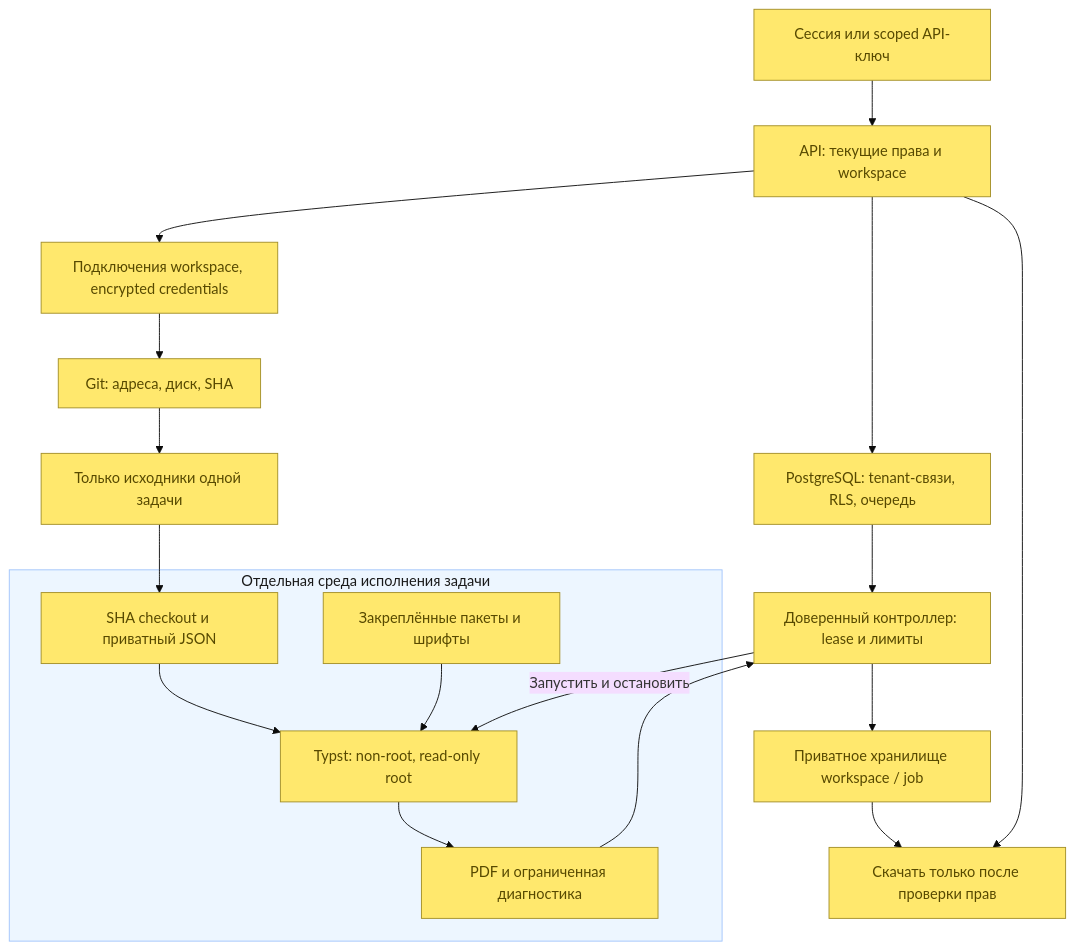
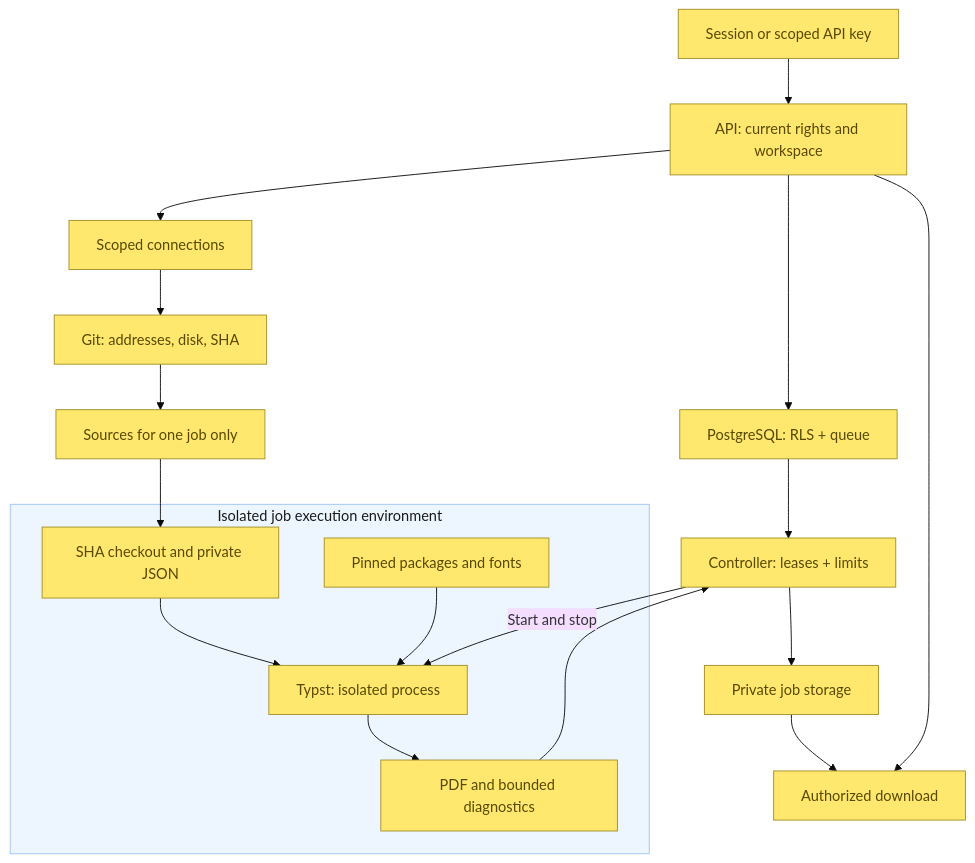
The diagram in docs/architecture/diagrams/v1/12-isolation.mmd (Feruum/Leafrun), drawn with Mermaid (base theme) before and after one commit. The commit also changed 38 other files, not shown here.

```diff
--- a/docs/architecture/diagrams/v1/12-isolation.mmd
+++ b/docs/architecture/diagrams/v1/12-isolation.mmd
@@ -1,21 +1,21 @@
 flowchart TB
-    Identity[Сессия или scoped API-ключ] --> API[API: текущие права и workspace]
-    API --> DB[PostgreSQL: tenant-связи, RLS, очередь]
-    API --> Connections[Подключения workspace, encrypted credentials]
-    Connections --> Prep[Git: адреса, диск, SHA]
-    DB --> Controller[Доверенный контроллер: lease и лимиты]
-    Prep --> Source[Только исходники одной задачи]
-    subgraph Sandbox[Отдельная среда исполнения задачи]
-        Input[SHA checkout и приватный JSON] --> Typst[Typst: non-root, read-only root]
-        Packages[Закреплённые пакеты и шрифты] --> Typst
-        Typst --> Output[PDF и ограниченная диагностика]
+    Identity[Session or scoped API key] --> API[API: current rights and workspace]
+    API --> DB[PostgreSQL: RLS + queue]
+    API --> Connections[Scoped connections]
+    Connections --> Prep[Git: addresses, disk, SHA]
+    DB --> Controller[Controller: leases + limits]
+    Prep --> Source[Sources for one job only]
+    subgraph Sandbox[Isolated job execution environment]
+        Input[SHA checkout and private JSON] --> Typst[Typst: isolated process]
+        Packages[Pinned packages and fonts] --> Typst
+        Typst --> Output[PDF and bounded diagnostics]
     end
     Source --> Input
-    Controller -->|Запустить и остановить| Typst
+    Controller -->|Start and stop| Typst
     Output --> Controller
-    Controller --> Artifacts[Приватное хранилище workspace / job]
-    Artifacts --> Download[Скачать только после проверки прав]
+    Controller --> Artifacts[Private job storage]
+    Artifacts --> Download[Authorized download]
     API --> Download
     classDef component fill:#FFE86D,stroke:#A28E26,color:#574900
     class Identity,API,DB,Connections,Prep,Controller,Source,Input,Typst,Packages,Output,Artifacts,Download component
     style Sandbox fill:#edf6ff,stroke:#a0c4fb,color:#1a1a1a
```
